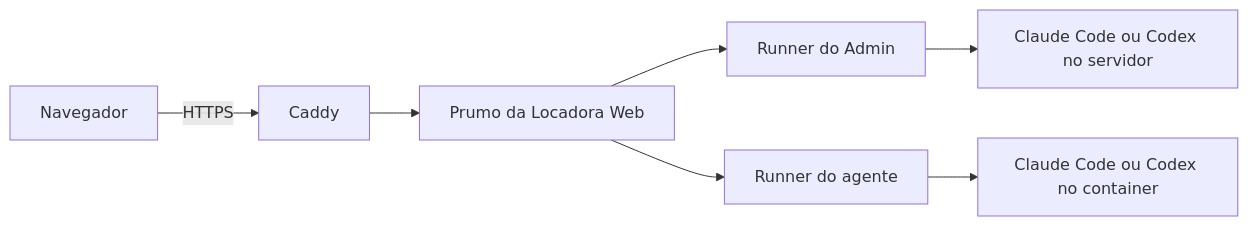
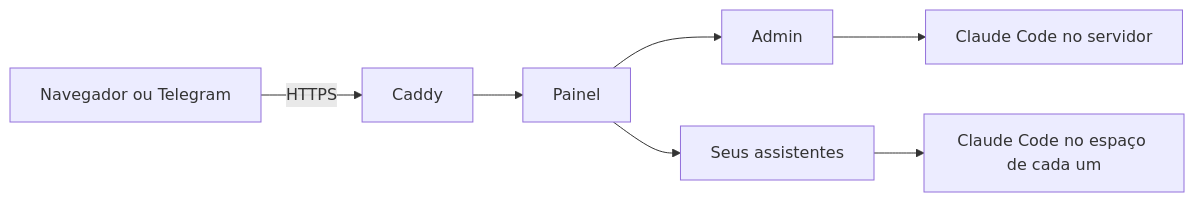
Before and after one commit to diegohoraadm-cpu/prumo-da-locadora: the diagram in README.md, drawn with Mermaid. The commit also changed other lines of this file and 4 other files, not shown here.

First line of the commit message:
README com a marca da LocaAção e instalação do zero em 7 passos (inclui Claude Code e Telegram)

````diff
--- a/README.md
+++ b/README.md
@@ -63,9 +129,9 @@
 ```mermaid
 flowchart LR
-  N[Navegador] -->|HTTPS| C[Caddy]
-  C --> W[Prumo da Locadora Web]
-  W --> RA[Runner do Admin]
-  W --> RG[Runner do agente]
-  RA --> M1[Claude Code ou Codex no servidor]
-  RG --> M2[Claude Code ou Codex no container]
+  N[Navegador ou Telegram] -->|HTTPS| C[Caddy]
+  C --> W[Painel]
+  W --> RA[Admin]
+  W --> RG[Seus assistentes]
+  RA --> M1[Claude Code no servidor]
+  RG --> M2[Claude Code no espaço de cada um]
 ```
````
